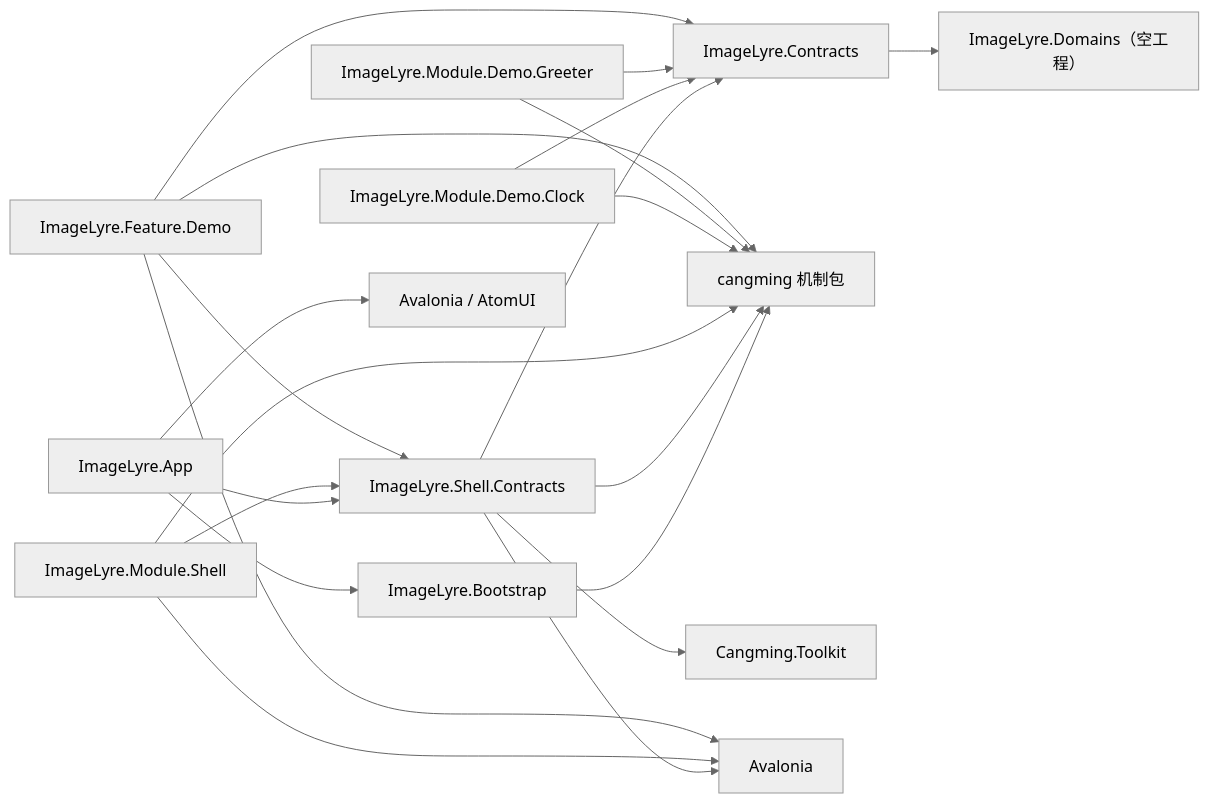
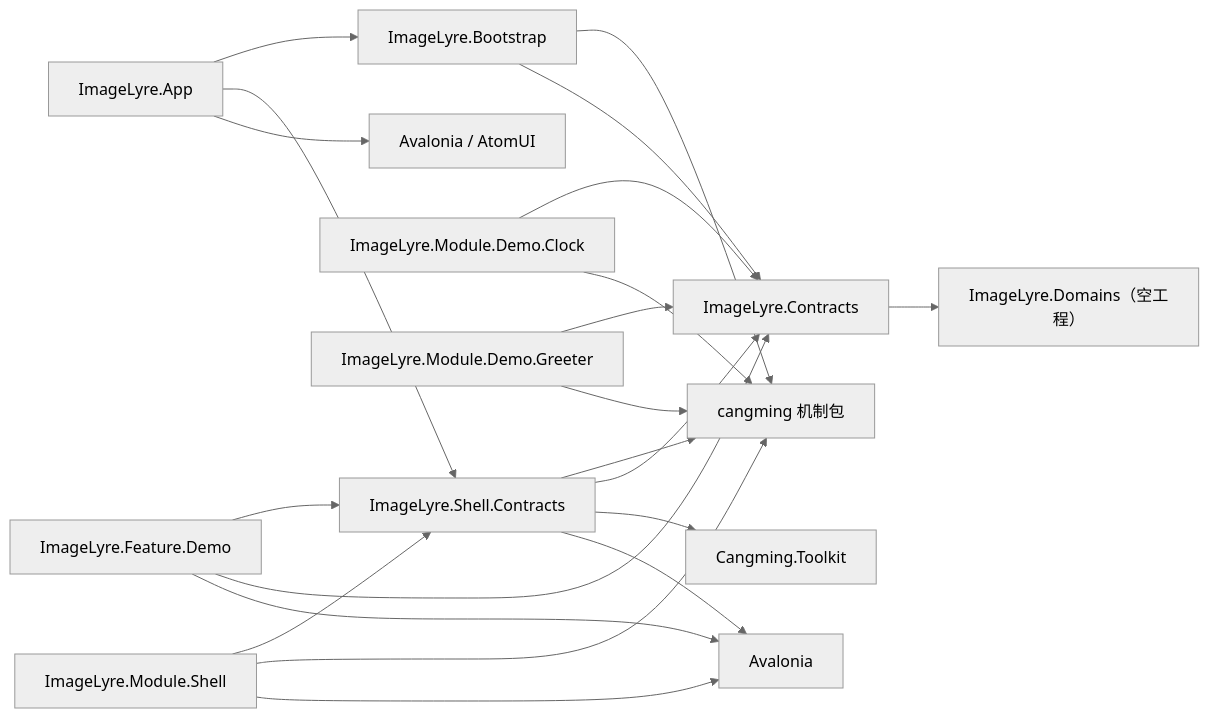
One commit to xknife-erian/ImageLyre changed the first of 2 diagrams in docs/design/lukan/DESIGN-0001-M1-插件骨架.md. Above: the diagram before and after it, drawn with Mermaid (neutral theme). The commit also changed other lines of this file and 1 other file, not shown here.

````diff
--- a/docs/design/lukan/DESIGN-0001-M1-插件骨架.md
+++ b/docs/design/lukan/DESIGN-0001-M1-插件骨架.md
@@ -63,33 +64,33 @@
 ```mermaid
 flowchart LR
     BOOT["ImageLyre.Bootstrap"]
     APP["ImageLyre.App"]
     SC["ImageLyre.Shell.Contracts"]
     DC["ImageLyre.Contracts"]
     DN["ImageLyre.Domains（空工程）"]
     MS["ImageLyre.Module.Shell"]
     MC["ImageLyre.Module.Demo.Clock"]
     MG["ImageLyre.Module.Demo.Greeter"]
     FD["ImageLyre.Feature.Demo"]
 
     APP --> BOOT
     APP --> SC
     APP --> AV["Avalonia / AtomUI"]
     BOOT --> CM["cangming 机制包"]
+    BOOT --> DC
     SC --> CM
     SC --> DC
     DC --> DN
     SC --> TK["Cangming.Toolkit"]
     SC --> AVL["Avalonia"]
     MS --> SC
     MS --> CM
     MS --> AVL
     MC --> DC
     MC --> CM
     MG --> DC
     MG --> CM
     FD --> SC
     FD --> DC
-    FD --> CM
     FD --> AVL
 ```
````
